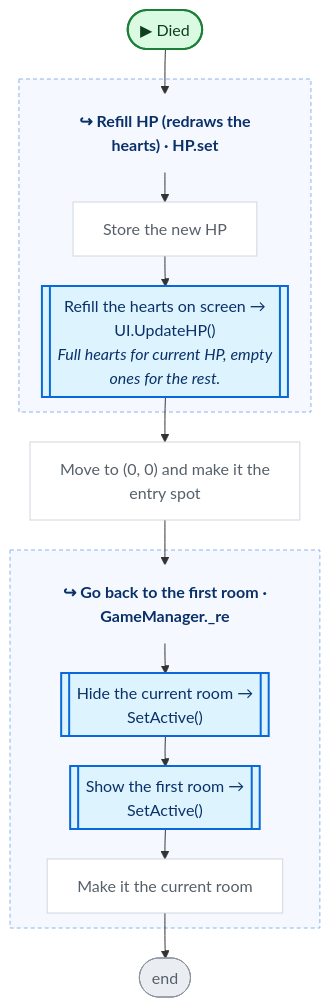
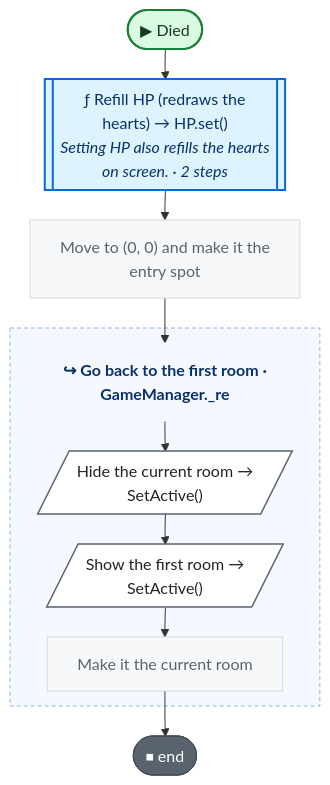
Diagram 11 of 15 in CodeGraph~/graph/Player.cs.md (nataiai/Lord-of-the-Dungeon), drawn with Mermaid before and after one commit. The commit also changed other lines of this file and 57 other files, not shown here.

````diff
--- a/CodeGraph~/graph/Player.cs.md
+++ b/CodeGraph~/graph/Player.cs.md
@@ -636,61 +627,52 @@
 ```mermaid
 ---
 config:
   flowchart:
     wrappingWidth: 260
     nodeSpacing: 26
     rankSpacing: 30
 ---
 flowchart TD
   nS(["▶ Died"])
-  n104384_h["↪ Refill HP (redraws the<br>hearts) · HP.set"]
-  n104384_n4250c3["Store the new HP"]
-  n104384_n737072[["Refill the hearts on screen →<br>UI.UpdateHP()<br><i>Full hearts for current HP, empty</i><br><i>ones for the rest.</i>"]]
+  n104384[["ƒ Refill HP (redraws the<br>hearts) → HP.set()<br><i>Setting HP also refills the hearts</i><br><i>on screen. · 2 steps</i>"]]
   nbe62ae["Move to (0, 0) and make it the<br>entry spot"]
   nbdc250_h["↪ Go back to the first room ·<br>GameManager._re"]
-  nbdc250_ncb80a4[["Hide the current room →<br>SetActive()"]]
-  nbdc250_n69c3da[["Show the first room →<br>SetActive()"]]
+  nbdc250_ncb80a4[/"Hide the current room →<br>SetActive()"/]
+  nbdc250_n69c3da[/"Show the first room →<br>SetActive()"/]
   nbdc250_ncd1439["Make it the current room"]
-  nE(["end"])
-  subgraph n104384_g[" "]
-    n104384_h
-    n104384_n4250c3
-    n104384_n737072
-  end
-  style n104384_g fill:#f5f9ff,stroke:#8cb4e8,stroke-dasharray:4 3,color:#0a3069
+  nE(["⏹ end"])
   subgraph nbdc250_g[" "]
     nbdc250_h
     nbdc250_ncb80a4
     nbdc250_n69c3da
     nbdc250_ncd1439
   end
   style nbdc250_g fill:#f5f9ff,stroke:#8cb4e8,stroke-dasharray:4 3,color:#0a3069
-  nS --> n104384_h
+  nS --> n104384
+  n104384 --> nbe62ae
   nbe62ae --> nbdc250_h
-  n104384_h --> n104384_n4250c3
-  n104384_n4250c3 --> n104384_n737072
-  n104384_n737072 --> nbe62ae
   nbdc250_h --> nbdc250_ncb80a4
   nbdc250_ncb80a4 --> nbdc250_n69c3da
   nbdc250_n69c3da --> nbdc250_ncd1439
   nbdc250_ncd1439 --> nE
   classDef unity fill:#dafbe1,stroke:#1a7f37,stroke-width:2px,color:#0f3d1d
   classDef start fill:#dafbe1,stroke:#1a7f37,stroke-width:2px,color:#0f3d1d
-  classDef calc fill:#ffffff,stroke:#d0d7de,color:#57606a
+  classDef calc fill:#f6f8fa,stroke:#d1d9e0,color:#59636e
   classDef calls fill:#ddf4ff,stroke:#0969da,stroke-width:2px,color:#0a3069
-  classDef ext fill:#ddf4ff,stroke:#0969da,stroke-width:2px,stroke-dasharray:5 3,color:#0a3069
-  classDef cond fill:#fff8c5,stroke:#bf8700,stroke-width:1.5px,color:#3d2a00
-  classDef loop fill:#f6f8fa,stroke:#57606a,color:#1f2328
-  classDef exit fill:#ffebe9,stroke:#cf222e,color:#82071e
+  classDef ext fill:#f6f8fa,stroke:#59636e,stroke-width:1.5px,stroke-dasharray:5 5,color:#1f2328
+  classDef cond fill:#fff8c5,stroke:#9a6700,stroke-width:1.5px,color:#3d2a00
+  classDef loop fill:#fff8c5,stroke:#9a6700,color:#3d2a00
+  classDef wait fill:#fff8c5,stroke:#9a6700,color:#3d2a00
+  classDef exit fill:#59636e,stroke:#424a53,color:#ffffff
+  classDef fin fill:#59636e,stroke:#424a53,color:#ffffff
+  classDef act fill:#ffffff,stroke:#59636e,stroke-width:1.5px,color:#1f2328
   classDef kill fill:#ffebe9,stroke:#cf222e,stroke-width:2px,color:#82071e
-  classDef spawn fill:#dafbe1,stroke:#1a7f37,stroke-width:2px,color:#0f3d1d
-  classDef wait fill:#fff1e5,stroke:#bc4c00,color:#4d1d00
-  classDef fin fill:#eaeef2,stroke:#8c959f,color:#57606a
   classDef join fill:#d0d7de,stroke:#8c959f,color:#57606a
   classDef ghdr fill:#f5f9ff,stroke:#f5f9ff,color:#0a3069,font-weight:bold
-  class n104384_n4250c3,nbe62ae,nbdc250_ncd1439 calc
-  class n104384_n737072,nbdc250_ncb80a4,nbdc250_n69c3da calls
+  class nbdc250_ncb80a4,nbdc250_n69c3da act
+  class nbe62ae,nbdc250_ncd1439 calc
+  class n104384 calls
   class nE fin
-  class n104384_h,nbdc250_h ghdr
+  class nbdc250_h ghdr
   class nS start
 ```
````
